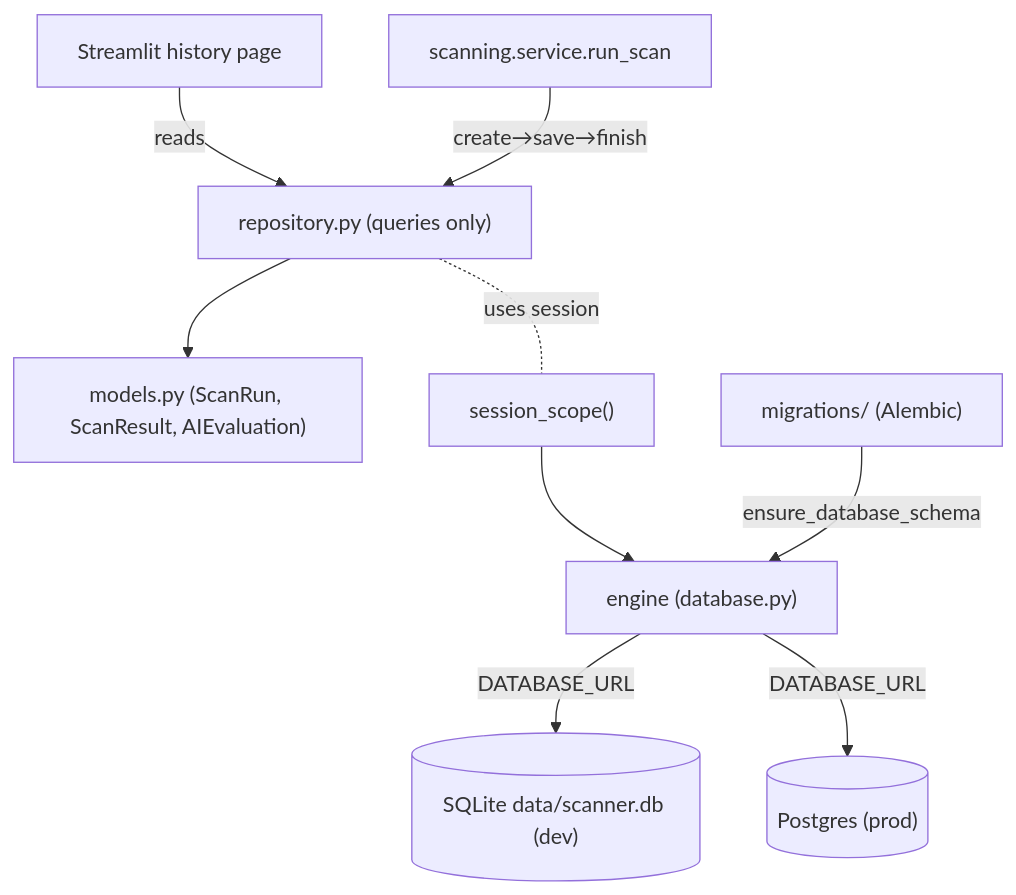
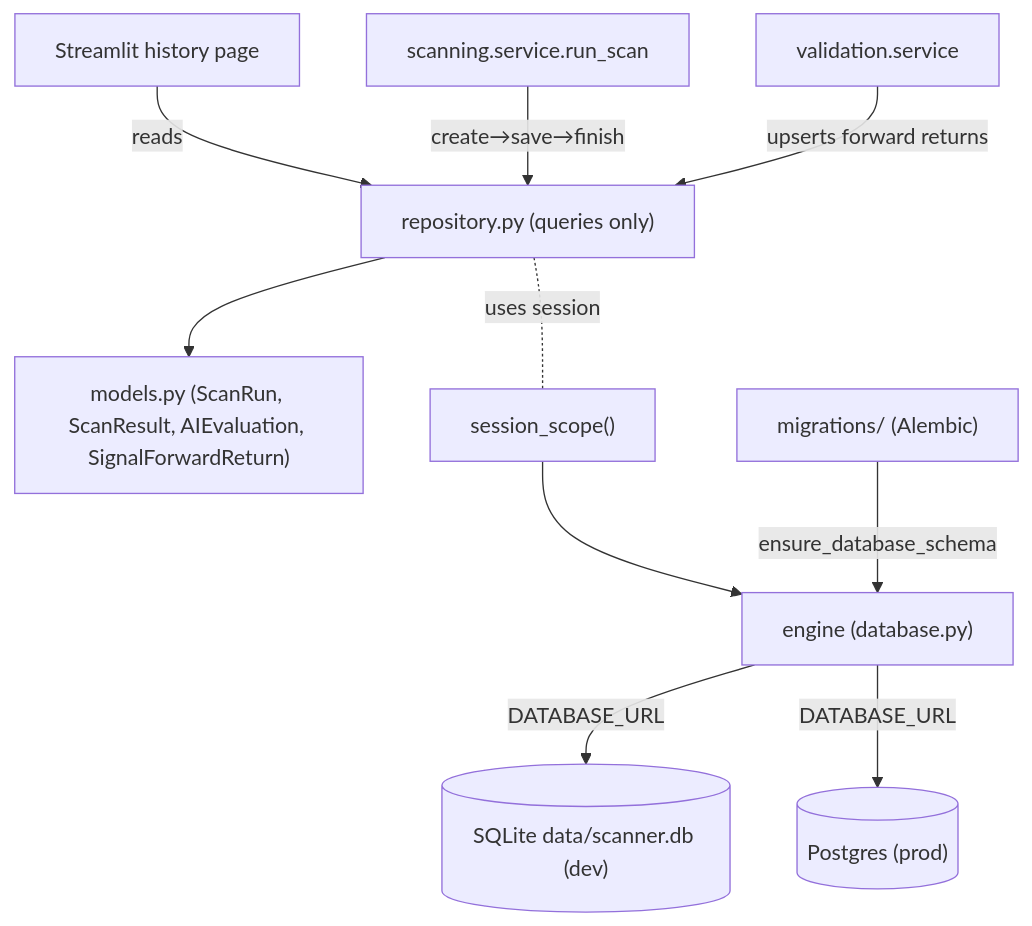
One commit to DoRmAmMu1997/Streamlit-Scanner-App changed the diagram in docs/architecture/components/storage-persistence.md. Above: the diagram before and after it, drawn with Mermaid. The commit also changed other lines of this file and 15 other files, not shown here.

Commit message:
feat: implement VALID-002 forward-return calculator

````diff
--- a/docs/architecture/components/storage-persistence.md
+++ b/docs/architecture/components/storage-persistence.md
@@ -29,11 +29,12 @@
 ```mermaid
 flowchart TD
     UI["Streamlit history page"] -->|reads| REPO["repository.py (queries only)"]
     SVC["scanning.service.run_scan"] -->|create→save→finish| REPO
-    REPO --> MODELS["models.py (ScanRun, ScanResult, AIEvaluation)"]
+    VAL["validation.service"] -->|upserts forward returns| REPO
+    REPO --> MODELS["models.py (ScanRun, ScanResult, AIEvaluation, SignalForwardReturn)"]
     REPO -.uses session.- SS["session_scope()"]
     SS --> ENG["engine (database.py)"]
     ENG -->|DATABASE_URL| SQLITE[("SQLite data/scanner.db (dev)")]
     ENG -->|DATABASE_URL| PG[("Postgres (prod)")]
     ALEMBIC["migrations/ (Alembic)"] -->|ensure_database_schema| ENG
 ```
````
